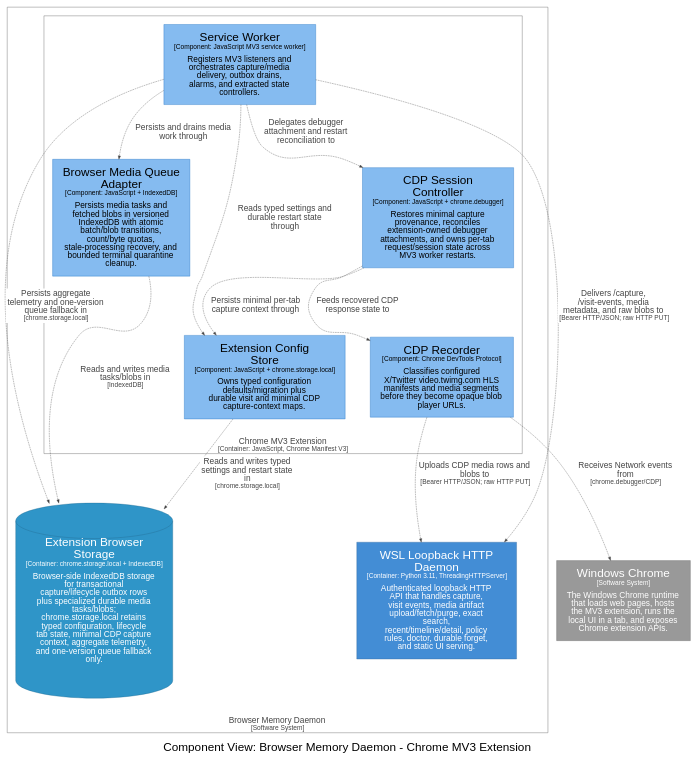
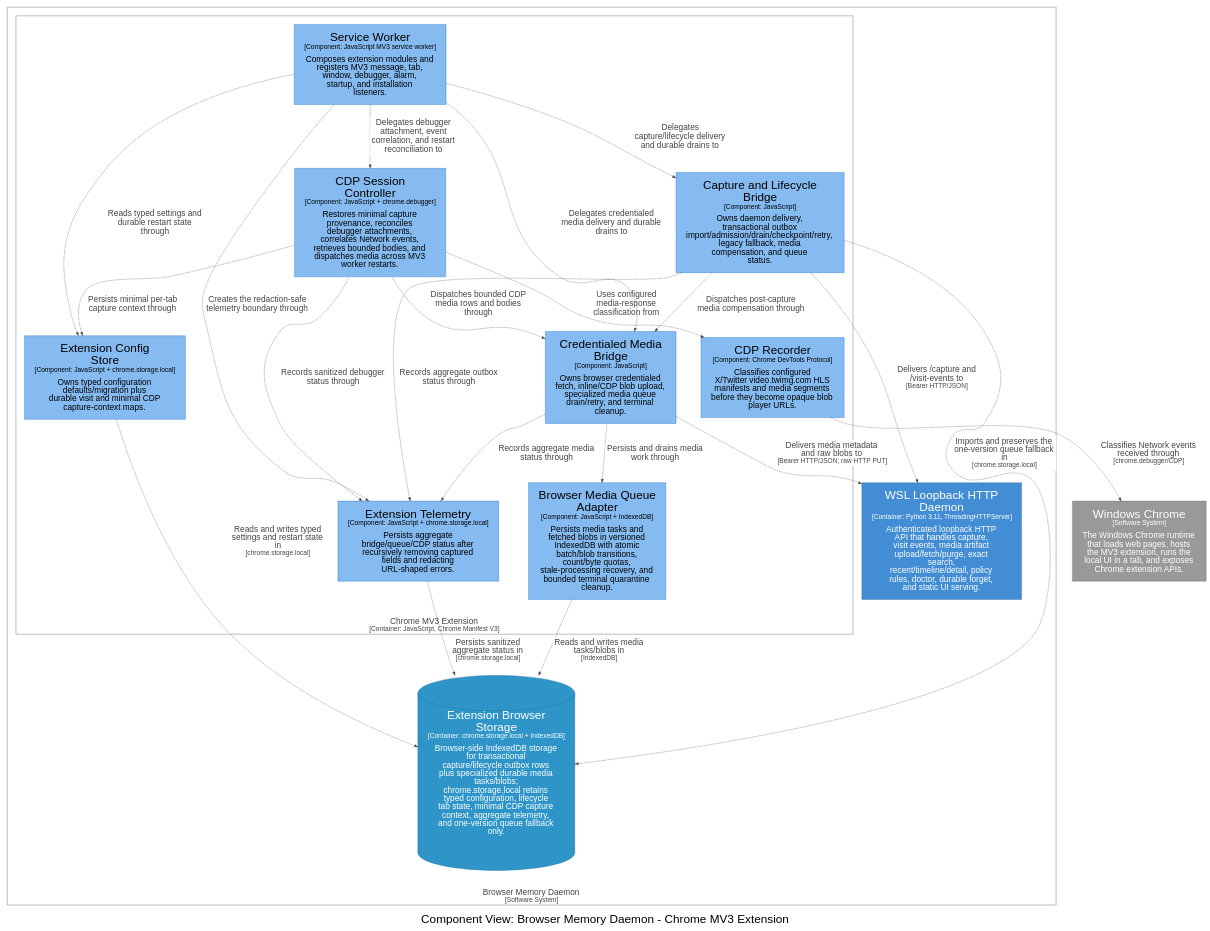
Before and after one commit to michaelnicks0/browser-memory-daemon: the diagram in docs/architecture/diagrams/dot/structurizr-ExtensionMediaComponents.dot, drawn with Graphviz. The commit also changed 184 other files, not shown here.

Commit message:
refactor(extension): split service-worker orchestration modules

```diff
--- a/docs/architecture/diagrams/dot/structurizr-ExtensionMediaComponents.dot
+++ b/docs/architecture/diagrams/dot/structurizr-ExtensionMediaComponents.dot
@@ -24,26 +24,38 @@
       fillcolor="#444444"
 
       10 [id=10,shape=rect, label=<<font point-size="34">Extension Config<br />Store</font><br /><font point-size="19">[Component: JavaScript + chrome.storage.local]</font><br /><br /><font point-size="24">Owns typed configuration<br />defaults/migration plus<br />durable visit and minimal CDP<br />capture-context maps.</font>>, style=filled, color="#1168bd", fillcolor="#85bbf0", fontcolor="#000000"]
-      14 [id=14,shape=rect, label=<<font point-size="34">Browser Media Queue<br />Adapter</font><br /><font point-size="19">[Component: JavaScript + IndexedDB]</font><br /><br /><font point-size="24">Persists media tasks and<br />fetched blobs in versioned<br />IndexedDB with atomic<br />batch/blob transitions,<br />count/byte quotas,<br />stale-processing recovery, and<br />bounded terminal quarantine<br />cleanup.</font>>, style=filled, color="#1168bd", fillcolor="#85bbf0", fontcolor="#000000"]
-      15 [id=15,shape=rect, label=<<font point-size="34">CDP Recorder</font><br /><font point-size="19">[Component: Chrome DevTools Protocol]</font><br /><br /><font point-size="24">Classifies configured<br />X/Twitter video.twimg.com HLS<br />manifests and media segments<br />before they become opaque blob<br />player URLs.</font>>, style=filled, color="#1168bd", fillcolor="#85bbf0", fontcolor="#000000"]
-      16 [id=16,shape=rect, label=<<font point-size="34">CDP Session<br />Controller</font><br /><font point-size="19">[Component: JavaScript + chrome.debugger]</font><br /><br /><font point-size="24">Restores minimal capture<br />provenance, reconciles<br />extension-owned debugger<br />attachments, and owns per-tab<br />request/session state across<br />MV3 worker restarts.</font>>, style=filled, color="#1168bd", fillcolor="#85bbf0", fontcolor="#000000"]
-      9 [id=9,shape=rect, label=<<font point-size="34">Service Worker</font><br /><font point-size="19">[Component: JavaScript MV3 service worker]</font><br /><br /><font point-size="24">Registers MV3 listeners and<br />orchestrates capture/media<br />delivery, outbox drains,<br />alarms, and extracted state<br />controllers.</font>>, style=filled, color="#1168bd", fillcolor="#85bbf0", fontcolor="#000000"]
+      13 [id=13,shape=rect, label=<<font point-size="34">Capture and Lifecycle<br />Bridge</font><br /><font point-size="19">[Component: JavaScript]</font><br /><br /><font point-size="24">Owns daemon delivery,<br />transactional outbox<br />import/admission/drain/checkpoint/retry,<br />legacy fallback, media<br />compensation, and queue<br />status.</font>>, style=filled, color="#1168bd", fillcolor="#85bbf0", fontcolor="#000000"]
+      14 [id=14,shape=rect, label=<<font point-size="34">Credentialed Media<br />Bridge</font><br /><font point-size="19">[Component: JavaScript]</font><br /><br /><font point-size="24">Owns browser credentialed<br />fetch, inline/CDP blob upload,<br />specialized media queue<br />drain/retry, and terminal<br />cleanup.</font>>, style=filled, color="#1168bd", fillcolor="#85bbf0", fontcolor="#000000"]
+      15 [id=15,shape=rect, label=<<font point-size="34">Extension Telemetry</font><br /><font point-size="19">[Component: JavaScript + chrome.storage.local]</font><br /><br /><font point-size="24">Persists aggregate<br />bridge/queue/CDP status after<br />recursively removing captured<br />fields and redacting<br />URL-shaped errors.</font>>, style=filled, color="#1168bd", fillcolor="#85bbf0", fontcolor="#000000"]
+      17 [id=17,shape=rect, label=<<font point-size="34">Browser Media Queue<br />Adapter</font><br /><font point-size="19">[Component: JavaScript + IndexedDB]</font><br /><br /><font point-size="24">Persists media tasks and<br />fetched blobs in versioned<br />IndexedDB with atomic<br />batch/blob transitions,<br />count/byte quotas,<br />stale-processing recovery, and<br />bounded terminal quarantine<br />cleanup.</font>>, style=filled, color="#1168bd", fillcolor="#85bbf0", fontcolor="#000000"]
+      18 [id=18,shape=rect, label=<<font point-size="34">CDP Recorder</font><br /><font point-size="19">[Component: Chrome DevTools Protocol]</font><br /><br /><font point-size="24">Classifies configured<br />X/Twitter video.twimg.com HLS<br />manifests and media segments<br />before they become opaque blob<br />player URLs.</font>>, style=filled, color="#1168bd", fillcolor="#85bbf0", fontcolor="#000000"]
+      19 [id=19,shape=rect, label=<<font point-size="34">CDP Session<br />Controller</font><br /><font point-size="19">[Component: JavaScript + chrome.debugger]</font><br /><br /><font point-size="24">Restores minimal capture<br />provenance, reconciles<br />debugger attachments,<br />correlates Network events,<br />retrieves bounded bodies, and<br />dispatches media across MV3<br />worker restarts.</font>>, style=filled, color="#1168bd", fillcolor="#85bbf0", fontcolor="#000000"]
+      9 [id=9,shape=rect, label=<<font point-size="34">Service Worker</font><br /><font point-size="19">[Component: JavaScript MV3 service worker]</font><br /><br /><font point-size="24">Composes extension modules and<br />registers MV3 message, tab,<br />window, debugger, alarm,<br />startup, and installation<br />listeners.</font>>, style=filled, color="#1168bd", fillcolor="#85bbf0", fontcolor="#000000"]
     }
 
-    18 [id=18,shape=cylinder, label=<<font point-size="34">Extension Browser<br />Storage</font><br /><font point-size="19">[Container: chrome.storage.local + IndexedDB]</font><br /><br /><font point-size="24">Browser-side IndexedDB storage<br />for transactional<br />capture/lifecycle outbox rows<br />plus specialized durable media<br />tasks/blobs;<br />chrome.storage.local retains<br />typed configuration, lifecycle<br />tab state, minimal CDP capture<br />context, aggregate telemetry,<br />and one-version queue fallback<br />only.</font>>, style=filled, color="#20688c", fillcolor="#2f95c8", fontcolor="#ffffff"]
-    19 [id=19,shape=rect, label=<<font point-size="34">WSL Loopback HTTP<br />Daemon</font><br /><font point-size="19">[Container: Python 3.11, ThreadingHTTPServer]</font><br /><br /><font point-size="24">Authenticated loopback HTTP<br />API that handles capture,<br />visit events, media artifact<br />upload/fetch/purge, exact<br />search,<br />recent/timeline/detail, policy<br />rules, doctor, durable forget,<br />and static UI serving.</font>>, style=filled, color="#2e6295", fillcolor="#438dd5", fontcolor="#ffffff"]
+    21 [id=21,shape=cylinder, label=<<font point-size="34">Extension Browser<br />Storage</font><br /><font point-size="19">[Container: chrome.storage.local + IndexedDB]</font><br /><br /><font point-size="24">Browser-side IndexedDB storage<br />for transactional<br />capture/lifecycle outbox rows<br />plus specialized durable media<br />tasks/blobs;<br />chrome.storage.local retains<br />typed configuration, lifecycle<br />tab state, minimal CDP capture<br />context, aggregate telemetry,<br />and one-version queue fallback<br />only.</font>>, style=filled, color="#20688c", fillcolor="#2f95c8", fontcolor="#ffffff"]
+    22 [id=22,shape=rect, label=<<font point-size="34">WSL Loopback HTTP<br />Daemon</font><br /><font point-size="19">[Container: Python 3.11, ThreadingHTTPServer]</font><br /><br /><font point-size="24">Authenticated loopback HTTP<br />API that handles capture,<br />visit events, media artifact<br />upload/fetch/purge, exact<br />search,<br />recent/timeline/detail, policy<br />rules, doctor, durable forget,<br />and static UI serving.</font>>, style=filled, color="#2e6295", fillcolor="#438dd5", fontcolor="#ffffff"]
   }
 
-  9 -> 10 [id=81, label=<<TABLE BORDER="0" CELLBORDER="0" CELLSPACING="0" CELLPADDING="4" BGCOLOR="white"><TR><TD><font point-size="24">Reads typed settings and<br />durable restart state<br />through</font></TD></TR></TABLE>>, style="dashed", color="#444444", fontcolor="#444444"]
-  10 -> 18 [id=84, label=<<TABLE BORDER="0" CELLBORDER="0" CELLSPACING="0" CELLPADDING="4" BGCOLOR="white"><TR><TD><font point-size="24">Reads and writes typed<br />settings and restart state<br />in</font><br /><font point-size="19">[chrome.storage.local]</font></TD></TR></TABLE>>, style="dashed", color="#444444", fontcolor="#444444"]
-  9 -> 18 [id=89, label=<<TABLE BORDER="0" CELLBORDER="0" CELLSPACING="0" CELLPADDING="4" BGCOLOR="white"><TR><TD><font point-size="24">Persists aggregate<br />telemetry and one-version<br />queue fallback in</font><br /><font point-size="19">[chrome.storage.local]</font></TD></TR></TABLE>>, style="dashed", color="#444444", fontcolor="#444444"]
-  9 -> 19 [id=90, label=<<TABLE BORDER="0" CELLBORDER="0" CELLSPACING="0" CELLPADDING="4" BGCOLOR="white"><TR><TD><font point-size="24">Delivers /capture,<br />/visit-events, media<br />metadata, and raw blobs to</font><br /><font point-size="19">[Bearer HTTP/JSON; raw HTTP PUT]</font></TD></TR></TABLE>>, style="dashed", color="#444444", fontcolor="#444444"]
-  9 -> 14 [id=91, label=<<TABLE BORDER="0" CELLBORDER="0" CELLSPACING="0" CELLPADDING="4" BGCOLOR="white"><TR><TD><font point-size="24">Persists and drains media<br />work through</font></TD></TR></TABLE>>, style="dashed", color="#444444", fontcolor="#444444"]
-  14 -> 18 [id=92, label=<<TABLE BORDER="0" CELLBORDER="0" CELLSPACING="0" CELLPADDING="4" BGCOLOR="white"><TR><TD><font point-size="24">Reads and writes media<br />tasks/blobs in</font><br /><font point-size="19">[IndexedDB]</font></TD></TR></TABLE>>, style="dashed", color="#444444", fontcolor="#444444"]
-  9 -> 16 [id=93, label=<<TABLE BORDER="0" CELLBORDER="0" CELLSPACING="0" CELLPADDING="4" BGCOLOR="white"><TR><TD><font point-size="24">Delegates debugger<br />attachment and restart<br />reconciliation to</font></TD></TR></TABLE>>, style="dashed", color="#444444", fontcolor="#444444"]
-  16 -> 10 [id=94, label=<<TABLE BORDER="0" CELLBORDER="0" CELLSPACING="0" CELLPADDING="4" BGCOLOR="white"><TR><TD><font point-size="24">Persists minimal per-tab<br />capture context through</font></TD></TR></TABLE>>, style="dashed", color="#444444", fontcolor="#444444"]
-  16 -> 15 [id=95, label=<<TABLE BORDER="0" CELLBORDER="0" CELLSPACING="0" CELLPADDING="4" BGCOLOR="white"><TR><TD><font point-size="24">Feeds recovered CDP<br />response state to</font></TD></TR></TABLE>>, style="dashed", color="#444444", fontcolor="#444444"]
-  15 -> 2 [id=97, label=<<TABLE BORDER="0" CELLBORDER="0" CELLSPACING="0" CELLPADDING="4" BGCOLOR="white"><TR><TD><font point-size="24">Receives Network events<br />from</font><br /><font point-size="19">[chrome.debugger/CDP]</font></TD></TR></TABLE>>, style="dashed", color="#444444", fontcolor="#444444"]
-  15 -> 19 [id=98, label=<<TABLE BORDER="0" CELLBORDER="0" CELLSPACING="0" CELLPADDING="4" BGCOLOR="white"><TR><TD><font point-size="24">Uploads CDP media rows and<br />blobs to</font><br /><font point-size="19">[Bearer HTTP/JSON; raw HTTP PUT]</font></TD></TR></TABLE>>, style="dashed", color="#444444", fontcolor="#444444"]
+  14 -> 22 [id=100, label=<<TABLE BORDER="0" CELLBORDER="0" CELLSPACING="0" CELLPADDING="4" BGCOLOR="white"><TR><TD><font point-size="24">Delivers media metadata<br />and raw blobs to</font><br /><font point-size="19">[Bearer HTTP/JSON; raw HTTP PUT]</font></TD></TR></TABLE>>, style="dashed", color="#444444", fontcolor="#444444"]
+  14 -> 15 [id=102, label=<<TABLE BORDER="0" CELLBORDER="0" CELLSPACING="0" CELLPADDING="4" BGCOLOR="white"><TR><TD><font point-size="24">Records aggregate media<br />status through</font></TD></TR></TABLE>>, style="dashed", color="#444444", fontcolor="#444444"]
+  17 -> 21 [id=103, label=<<TABLE BORDER="0" CELLBORDER="0" CELLSPACING="0" CELLPADDING="4" BGCOLOR="white"><TR><TD><font point-size="24">Reads and writes media<br />tasks/blobs in</font><br /><font point-size="19">[IndexedDB]</font></TD></TR></TABLE>>, style="dashed", color="#444444", fontcolor="#444444"]
+  15 -> 21 [id=104, label=<<TABLE BORDER="0" CELLBORDER="0" CELLSPACING="0" CELLPADDING="4" BGCOLOR="white"><TR><TD><font point-size="24">Persists sanitized<br />aggregate status in</font><br /><font point-size="19">[chrome.storage.local]</font></TD></TR></TABLE>>, style="dashed", color="#444444", fontcolor="#444444"]
+  9 -> 19 [id=105, label=<<TABLE BORDER="0" CELLBORDER="0" CELLSPACING="0" CELLPADDING="4" BGCOLOR="white"><TR><TD><font point-size="24">Delegates debugger<br />attachment, event<br />correlation, and restart<br />reconciliation to</font></TD></TR></TABLE>>, style="dashed", color="#444444", fontcolor="#444444"]
+  19 -> 10 [id=106, label=<<TABLE BORDER="0" CELLBORDER="0" CELLSPACING="0" CELLPADDING="4" BGCOLOR="white"><TR><TD><font point-size="24">Persists minimal per-tab<br />capture context through</font></TD></TR></TABLE>>, style="dashed", color="#444444", fontcolor="#444444"]
+  19 -> 18 [id=107, label=<<TABLE BORDER="0" CELLBORDER="0" CELLSPACING="0" CELLPADDING="4" BGCOLOR="white"><TR><TD><font point-size="24">Uses configured<br />media-response<br />classification from</font></TD></TR></TABLE>>, style="dashed", color="#444444", fontcolor="#444444"]
+  19 -> 14 [id=108, label=<<TABLE BORDER="0" CELLBORDER="0" CELLSPACING="0" CELLPADDING="4" BGCOLOR="white"><TR><TD><font point-size="24">Dispatches bounded CDP<br />media rows and bodies<br />through</font></TD></TR></TABLE>>, style="dashed", color="#444444", fontcolor="#444444"]
+  19 -> 15 [id=109, label=<<TABLE BORDER="0" CELLBORDER="0" CELLSPACING="0" CELLPADDING="4" BGCOLOR="white"><TR><TD><font point-size="24">Records sanitized debugger<br />status through</font></TD></TR></TABLE>>, style="dashed", color="#444444", fontcolor="#444444"]
+  18 -> 2 [id=110, label=<<TABLE BORDER="0" CELLBORDER="0" CELLSPACING="0" CELLPADDING="4" BGCOLOR="white"><TR><TD><font point-size="24">Classifies Network events<br />received through</font><br /><font point-size="19">[chrome.debugger/CDP]</font></TD></TR></TABLE>>, style="dashed", color="#444444", fontcolor="#444444"]
+  9 -> 10 [id=84, label=<<TABLE BORDER="0" CELLBORDER="0" CELLSPACING="0" CELLPADDING="4" BGCOLOR="white"><TR><TD><font point-size="24">Reads typed settings and<br />durable restart state<br />through</font></TD></TR></TABLE>>, style="dashed", color="#444444", fontcolor="#444444"]
+  10 -> 21 [id=87, label=<<TABLE BORDER="0" CELLBORDER="0" CELLSPACING="0" CELLPADDING="4" BGCOLOR="white"><TR><TD><font point-size="24">Reads and writes typed<br />settings and restart state<br />in</font><br /><font point-size="19">[chrome.storage.local]</font></TD></TR></TABLE>>, style="dashed", color="#444444", fontcolor="#444444"]
+  9 -> 13 [id=90, label=<<TABLE BORDER="0" CELLBORDER="0" CELLSPACING="0" CELLPADDING="4" BGCOLOR="white"><TR><TD><font point-size="24">Delegates<br />capture/lifecycle delivery<br />and durable drains to</font></TD></TR></TABLE>>, style="dashed", color="#444444", fontcolor="#444444"]
+  9 -> 14 [id=91, label=<<TABLE BORDER="0" CELLBORDER="0" CELLSPACING="0" CELLPADDING="4" BGCOLOR="white"><TR><TD><font point-size="24">Delegates credentialed<br />media delivery and durable<br />drains to</font></TD></TR></TABLE>>, style="dashed", color="#444444", fontcolor="#444444"]
+  9 -> 15 [id=92, label=<<TABLE BORDER="0" CELLBORDER="0" CELLSPACING="0" CELLPADDING="4" BGCOLOR="white"><TR><TD><font point-size="24">Creates the redaction-safe<br />telemetry boundary through</font></TD></TR></TABLE>>, style="dashed", color="#444444", fontcolor="#444444"]
+  13 -> 21 [id=94, label=<<TABLE BORDER="0" CELLBORDER="0" CELLSPACING="0" CELLPADDING="4" BGCOLOR="white"><TR><TD><font point-size="24">Imports and preserves the<br />one-version queue fallback<br />in</font><br /><font point-size="19">[chrome.storage.local]</font></TD></TR></TABLE>>, style="dashed", color="#444444", fontcolor="#444444"]
+  13 -> 14 [id=95, label=<<TABLE BORDER="0" CELLBORDER="0" CELLSPACING="0" CELLPADDING="4" BGCOLOR="white"><TR><TD><font point-size="24">Dispatches post-capture<br />media compensation through</font></TD></TR></TABLE>>, style="dashed", color="#444444", fontcolor="#444444"]
+  13 -> 22 [id=96, label=<<TABLE BORDER="0" CELLBORDER="0" CELLSPACING="0" CELLPADDING="4" BGCOLOR="white"><TR><TD><font point-size="24">Delivers /capture and<br />/visit-events to</font><br /><font point-size="19">[Bearer HTTP/JSON]</font></TD></TR></TABLE>>, style="dashed", color="#444444", fontcolor="#444444"]
+  13 -> 15 [id=97, label=<<TABLE BORDER="0" CELLBORDER="0" CELLSPACING="0" CELLPADDING="4" BGCOLOR="white"><TR><TD><font point-size="24">Records aggregate outbox<br />status through</font></TD></TR></TABLE>>, style="dashed", color="#444444", fontcolor="#444444"]
+  14 -> 17 [id=99, label=<<TABLE BORDER="0" CELLBORDER="0" CELLSPACING="0" CELLPADDING="4" BGCOLOR="white"><TR><TD><font point-size="24">Persists and drains media<br />work through</font></TD></TR></TABLE>>, style="dashed", color="#444444", fontcolor="#444444"]
 
 }
```
